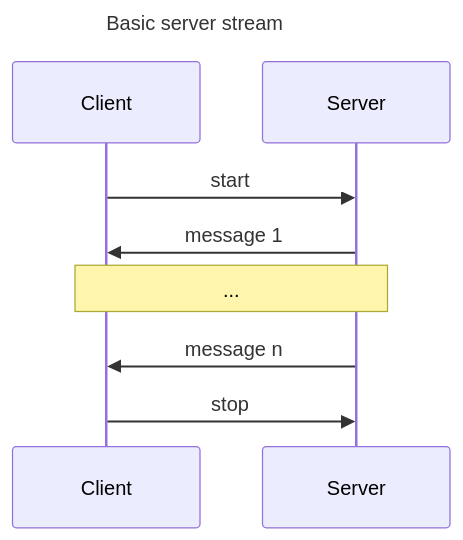
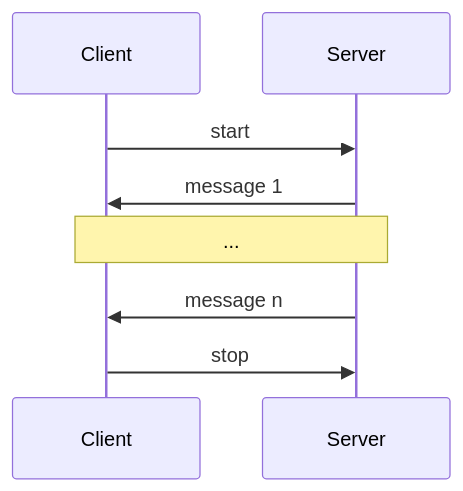
The second of 3 diagrams in docs/getting_started.md (tzijnge/LotusRpc), drawn with Mermaid before and after one commit. The commit also changed other lines of this file and 37 other files, not shown here.

````diff
--- a/docs/getting_started.md
+++ b/docs/getting_started.md
@@ -86,10 +217,8 @@
 ``` mermaid
 sequenceDiagram
-    title: Basic server stream
-
     Client ->> Server: start
     Server ->> Client: message 1
     Note over Server, Client: ...
     Server ->> Client: message n
     Client ->> Server: stop
 ```
````
